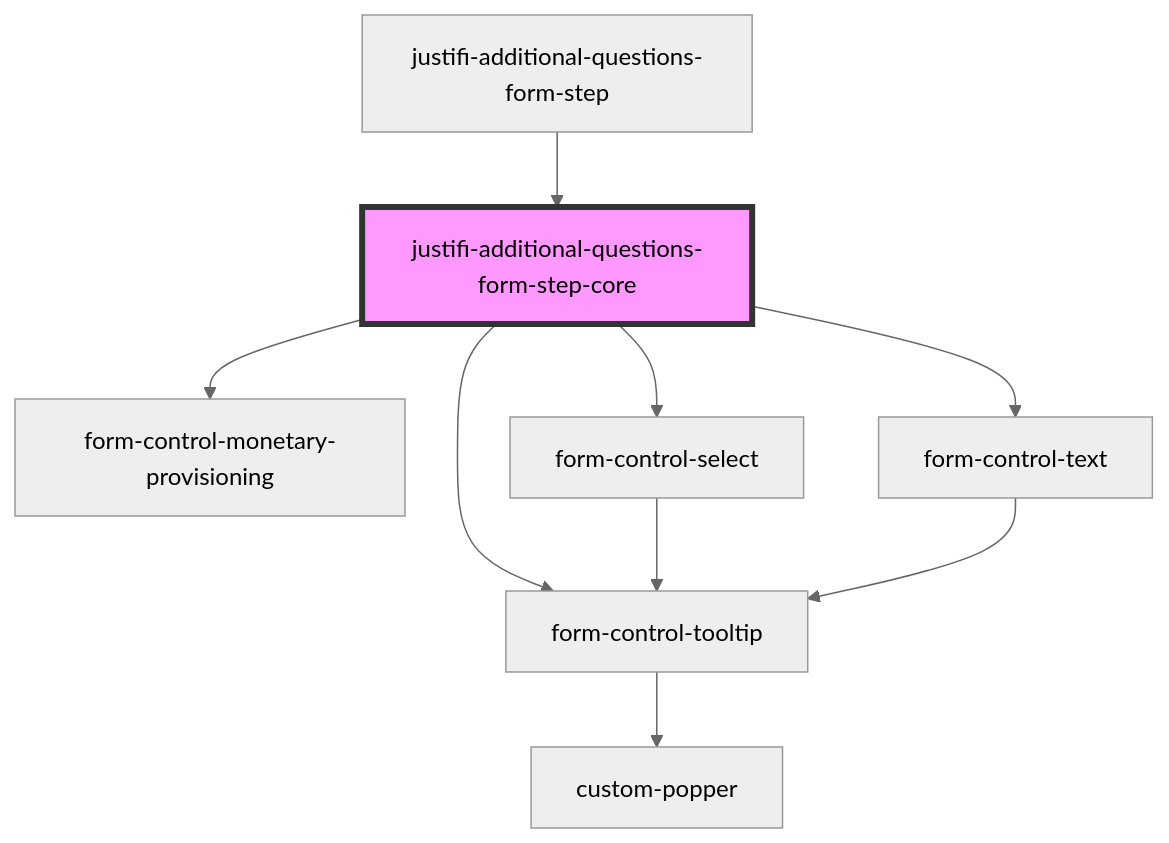
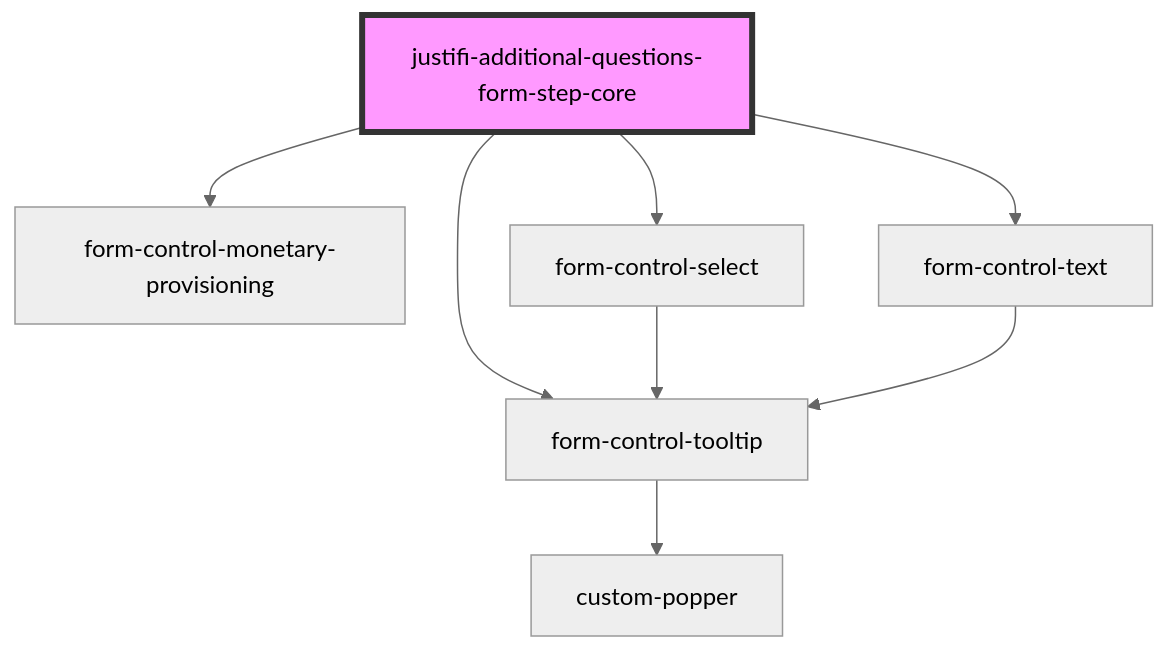
One commit to justifi-tech/web-component-library changed the diagram in packages/webcomponents/src/components/business-forms/payment-provisioning/additional-questions/readme.md. Above: the diagram before and after it, drawn with Mermaid (neutral theme). The commit also changed other lines of this file and 4 other files, not shown here.

Commit message:
Remove additional questions core component

````diff
--- a/packages/webcomponents/src/components/business-forms/payment-provisioning/additional-questions/readme.md
+++ b/packages/webcomponents/src/components/business-forms/payment-provisioning/additional-questions/readme.md
@@ -59,12 +55,11 @@
 ```mermaid
 graph TD;
   justifi-additional-questions-form-step-core --> form-control-tooltip
   justifi-additional-questions-form-step-core --> form-control-monetary-provisioning
   justifi-additional-questions-form-step-core --> form-control-select
   justifi-additional-questions-form-step-core --> form-control-text
   form-control-tooltip --> custom-popper
   form-control-select --> form-control-tooltip
   form-control-text --> form-control-tooltip
-  justifi-additional-questions-form-step --> justifi-additional-questions-form-step-core
   style justifi-additional-questions-form-step-core fill:#f9f,stroke:#333,stroke-width:4px
 ```
````
